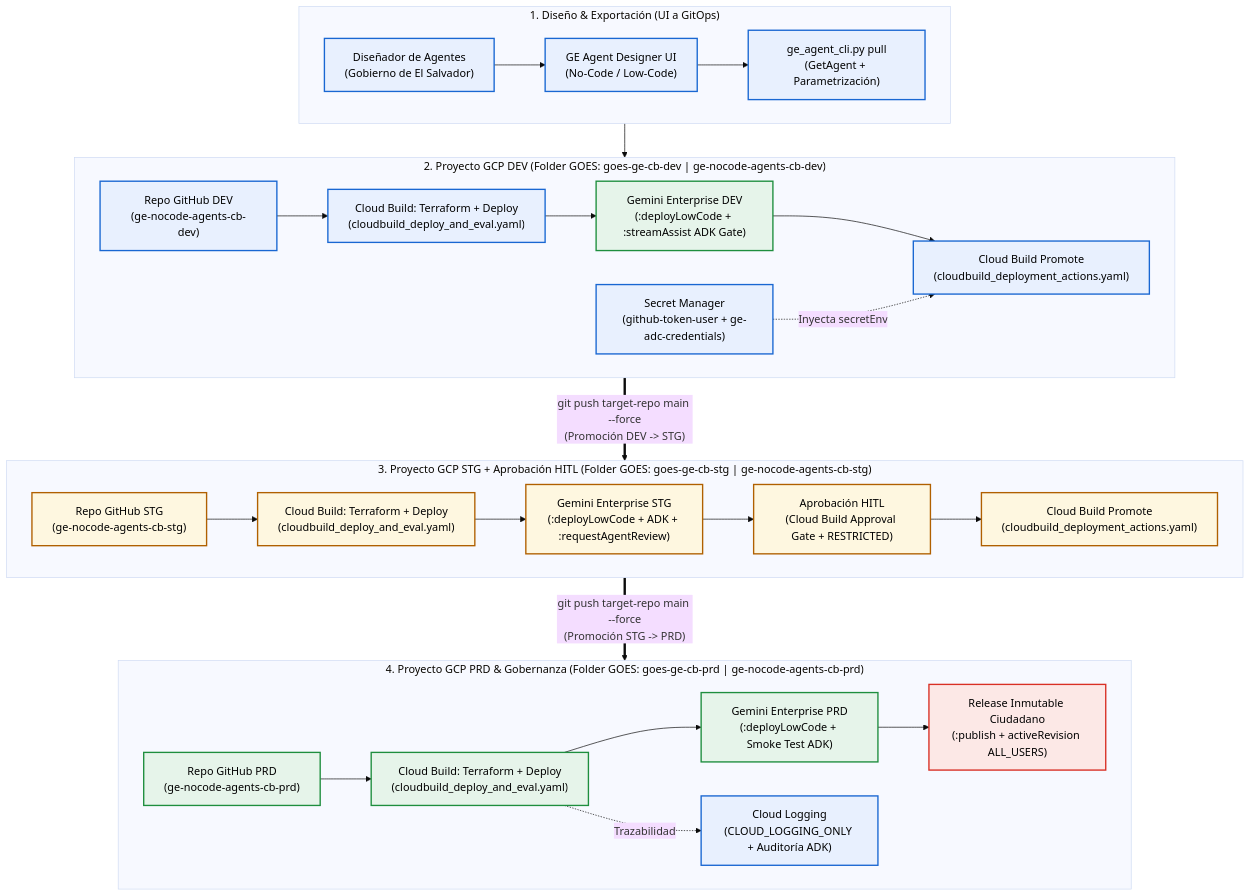
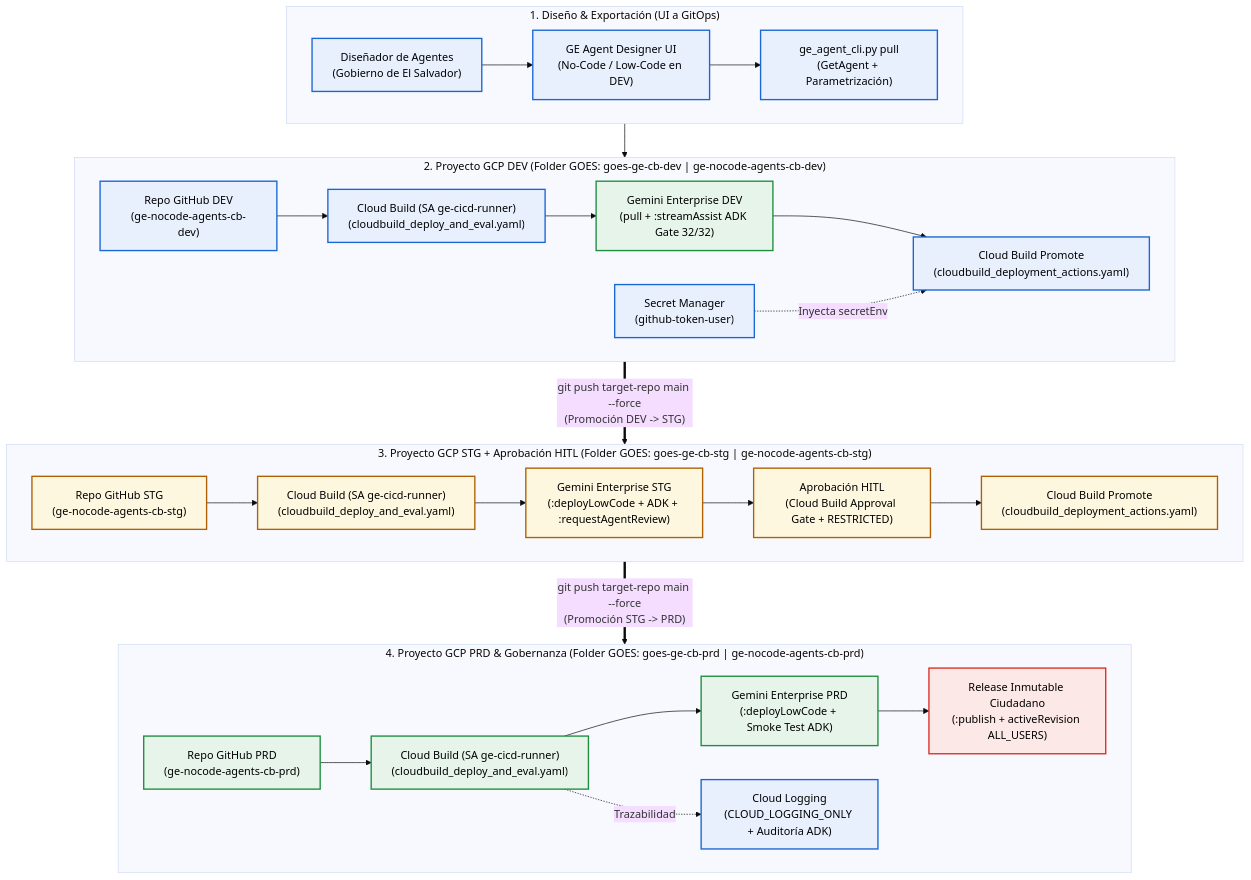
One commit to danielardzmtz01/ge-nocode-agents-cb-dev changed the second of 2 diagrams in docs/GUIA_ARQUITECTURA_Y_OPERACION.md. Above: the diagram before and after it, drawn with Mermaid (base theme). The commit also changed other lines of this file and 4 other files, not shown here.

Commit message:
docs(goes): enhance README, architecture guide, and add step-by-step GOES replication runbook [skip ci]

````diff
--- a/docs/GUIA_ARQUITECTURA_Y_OPERACION.md
+++ b/docs/GUIA_ARQUITECTURA_Y_OPERACION.md
@@ -67,53 +71,53 @@
 ```mermaid
 flowchart TD
     subgraph SG_Design["1. Diseño & Exportación (UI a GitOps)"]
         direction LR
         Designer["Diseñador de Agentes<br/>(Gobierno de El Salvador)"]:::gcpBlue
-        GE_UI["GE Agent Designer UI<br/>(No-Code / Low-Code)"]:::gcpBlue
+        GE_UI["GE Agent Designer UI<br/>(No-Code / Low-Code en DEV)"]:::gcpBlue
         Pull_CLI["ge_agent_cli.py pull<br/>(GetAgent + Parametrización)"]:::gcpBlue
         Designer --> GE_UI --> Pull_CLI
     end
 
     Pull_CLI --> Repo_Dev
 
     subgraph SG_Dev["2. Proyecto GCP DEV (Folder GOES: goes-ge-cb-dev | ge-nocode-agents-cb-dev)"]
         direction LR
         Repo_Dev["Repo GitHub DEV<br/>(ge-nocode-agents-cb-dev)"]:::gcpBlue
-        CB_Deploy_Dev["Cloud Build: Terraform + Deploy<br/>(cloudbuild_deploy_and_eval.yaml)"]:::gcpBlue
-        GE_Dev["Gemini Enterprise DEV<br/>(:deployLowCode + :streamAssist ADK Gate)"]:::gcpGreen
-        SM_Dev["Secret Manager<br/>(github-token-user + ge-adc-credentials)"]:::gcpBlue
+        CB_Deploy_Dev["Cloud Build (SA ge-cicd-runner)<br/>(cloudbuild_deploy_and_eval.yaml)"]:::gcpBlue
+        GE_Dev["Gemini Enterprise DEV<br/>(pull + :streamAssist ADK Gate 32/32)"]:::gcpGreen
+        SM_Dev["Secret Manager<br/>(github-token-user)"]:::gcpBlue
         CB_Promo_Dev["Cloud Build Promote<br/>(cloudbuild_deployment_actions.yaml)"]:::gcpBlue
         Repo_Dev --> CB_Deploy_Dev --> GE_Dev --> CB_Promo_Dev
         SM_Dev -.->|"Inyecta secretEnv"| CB_Promo_Dev
     end
 
     CB_Promo_Dev ==>|"git push target-repo main --force<br/>(Promoción DEV -> STG)"| Repo_Stg
 
     subgraph SG_Stg["3. Proyecto GCP STG + Aprobación HITL (Folder GOES: goes-ge-cb-stg | ge-nocode-agents-cb-stg)"]
         direction LR
         Repo_Stg["Repo GitHub STG<br/>(ge-nocode-agents-cb-stg)"]:::gcpYellow
-        CB_Deploy_Stg["Cloud Build: Terraform + Deploy<br/>(cloudbuild_deploy_and_eval.yaml)"]:::gcpYellow
+        CB_Deploy_Stg["Cloud Build (SA ge-cicd-runner)<br/>(cloudbuild_deploy_and_eval.yaml)"]:::gcpYellow
         GE_Stg["Gemini Enterprise STG<br/>(:deployLowCode + ADK + :requestAgentReview)"]:::gcpYellow
         HITL_Stg["Aprobación HITL<br/>(Cloud Build Approval Gate + RESTRICTED)"]:::gcpYellow
         CB_Promo_Stg["Cloud Build Promote<br/>(cloudbuild_deployment_actions.yaml)"]:::gcpYellow
         Repo_Stg --> CB_Deploy_Stg --> GE_Stg --> HITL_Stg --> CB_Promo_Stg
     end
 
     CB_Promo_Stg ==>|"git push target-repo main --force<br/>(Promoción STG -> PRD)"| Repo_Prd
 
     subgraph SG_Prd["4. Proyecto GCP PRD & Gobernanza (Folder GOES: goes-ge-cb-prd | ge-nocode-agents-cb-prd)"]
         direction LR
         Repo_Prd["Repo GitHub PRD<br/>(ge-nocode-agents-cb-prd)"]:::gcpGreen
-        CB_Deploy_Prd["Cloud Build: Terraform + Deploy<br/>(cloudbuild_deploy_and_eval.yaml)"]:::gcpGreen
+        CB_Deploy_Prd["Cloud Build (SA ge-cicd-runner)<br/>(cloudbuild_deploy_and_eval.yaml)"]:::gcpGreen
         GE_Prd["Gemini Enterprise PRD<br/>(:deployLowCode + Smoke Test ADK)"]:::gcpGreen
         Pub_Prd["Release Inmutable Ciudadano<br/>(:publish + activeRevision ALL_USERS)"]:::gcpRed
         Logs_Prd["Cloud Logging<br/>(CLOUD_LOGGING_ONLY + Auditoría ADK)"]:::gcpBlue
         Repo_Prd --> CB_Deploy_Prd --> GE_Prd --> Pub_Prd
         CB_Deploy_Prd -.->|"Trazabilidad"| Logs_Prd
     end
 
     classDef gcpBlue fill:#E8F0FE,stroke:#1967D2,stroke-width:2px,color:#000;
     classDef gcpGreen fill:#E6F4EA,stroke:#1E8E3E,stroke-width:2px,color:#000;
     classDef gcpYellow fill:#FEF7E0,stroke:#B06000,stroke-width:2px,color:#000;
     classDef gcpRed fill:#FCE8E6,stroke:#D93025,stroke-width:2px,color:#000;
 ```
````
